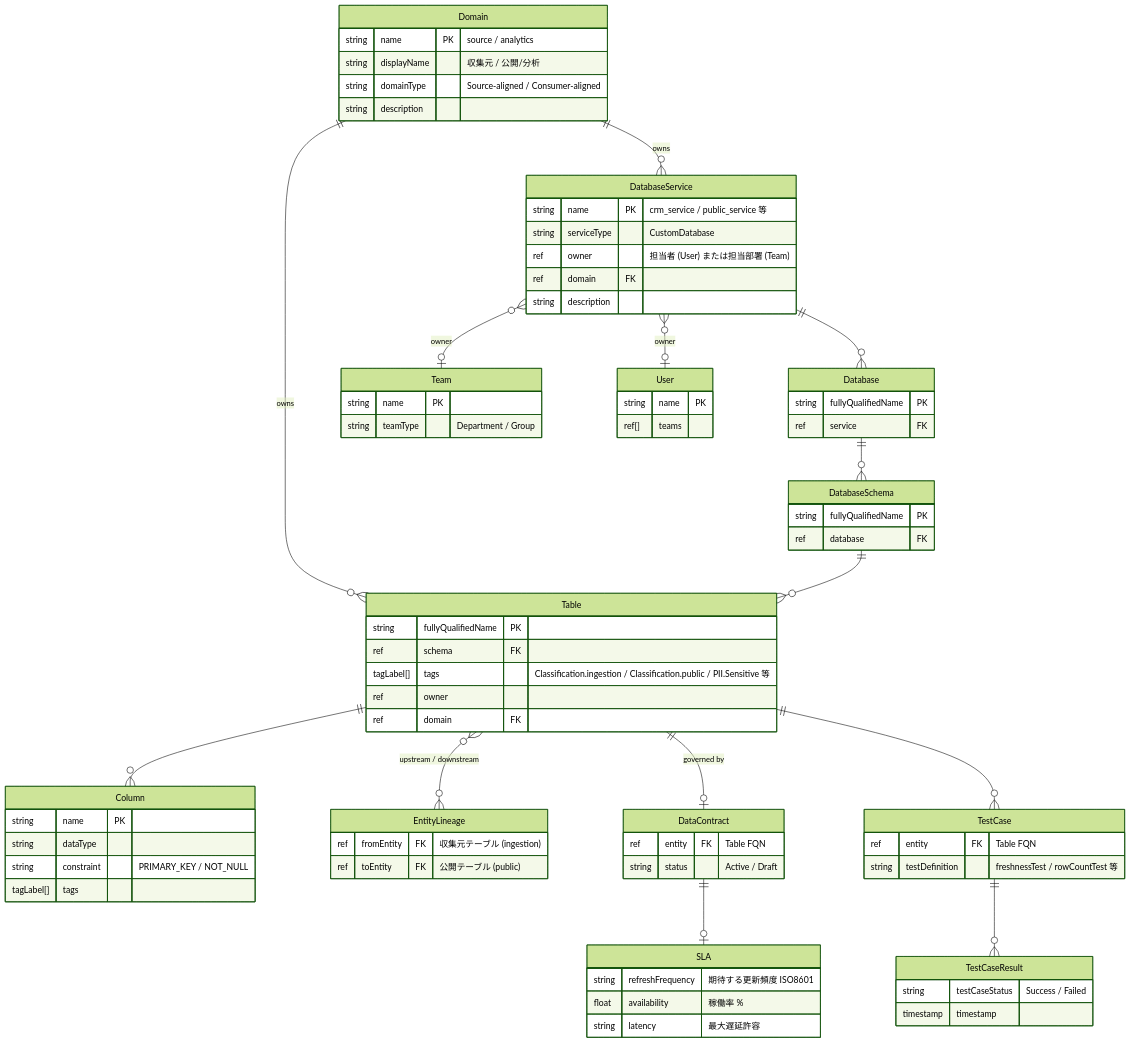
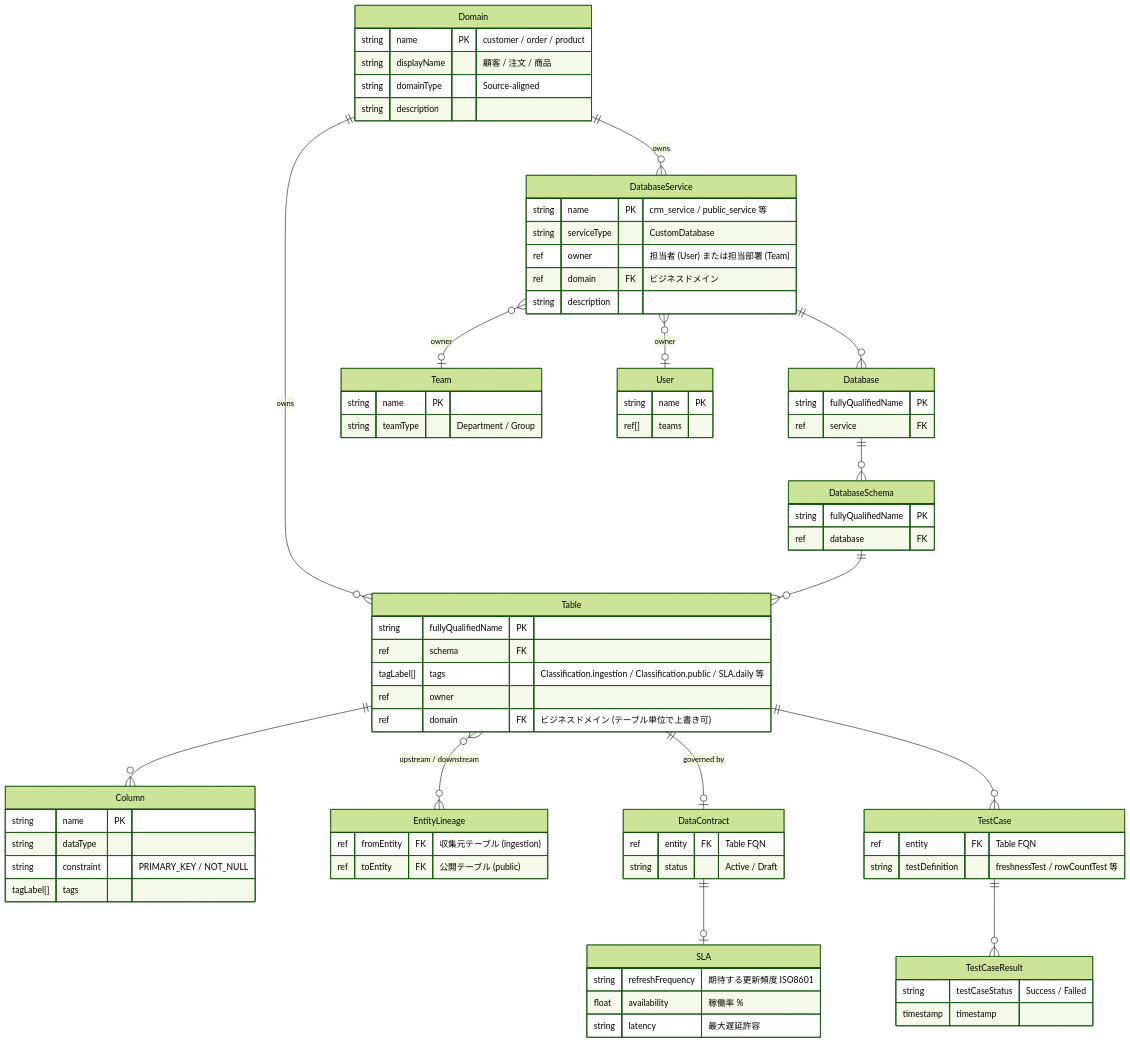
The diagram in design.md (hiroyoshii/openmetadata-catalogui), drawn with Mermaid (forest theme) before and after one commit. The commit also changed other lines of this file and 20 other files, not shown here.

````diff
--- a/design.md
+++ b/design.md
@@ -39,80 +39,80 @@
 ```mermaid
 erDiagram
     Domain {
-        string name PK "source / analytics"
-        string displayName "収集元 / 公開/分析"
-        string domainType "Source-aligned / Consumer-aligned"
+        string name PK "customer / order / product"
+        string displayName "顧客 / 注文 / 商品"
+        string domainType "Source-aligned"
         string description
     }
     DatabaseService {
         string name PK "crm_service / public_service 等"
         string serviceType "CustomDatabase"
         ref owner "担当者 (User) または担当部署 (Team)"
-        ref domain FK
+        ref domain FK "ビジネスドメイン"
         string description
     }
     Database {
         string fullyQualifiedName PK
         ref service FK
     }
     DatabaseSchema {
         string fullyQualifiedName PK
         ref database FK
     }
     Table {
         string fullyQualifiedName PK
         ref schema FK
-        tagLabel[] tags "Classification.ingestion / Classification.public / PII.Sensitive 等"
+        tagLabel[] tags "Classification.ingestion / Classification.public / SLA.daily 等"
         ref owner
-        ref domain FK
+        ref domain FK "ビジネスドメイン (テーブル単位で上書き可)"
     }
     Column {
         string name PK
         string dataType
         string constraint "PRIMARY_KEY / NOT_NULL"
         tagLabel[] tags
     }
     EntityLineage {
         ref fromEntity FK "収集元テーブル (ingestion)"
         ref toEntity FK "公開テーブル (public)"
     }
     DataContract {
         ref entity FK "Table FQN"
         string status "Active / Draft"
     }
     SLA {
         string refreshFrequency "期待する更新頻度 ISO8601"
         float availability "稼働率 %"
         string latency "最大遅延許容"
     }
     TestCase {
         ref entity FK "Table FQN"
         string testDefinition "freshnessTest / rowCountTest 等"
     }
     TestCaseResult {
         string testCaseStatus "Success / Failed"
         timestamp timestamp
     }
     Team {
         string name PK
         string teamType "Department / Group"
     }
     User {
         string name PK
         ref[] teams
     }
 
     Domain ||--o{ DatabaseService : "owns"
     Domain ||--o{ Table : "owns"
     DatabaseService ||--o{ Database : ""
     Database ||--o{ DatabaseSchema : ""
     DatabaseSchema ||--o{ Table : ""
     Table ||--o{ Column : ""
     Table }o--o{ EntityLineage : "upstream / downstream"
     Table ||--o| DataContract : "governed by"
     DataContract ||--o| SLA : ""
     Table ||--o{ TestCase : ""
     TestCase ||--o{ TestCaseResult : ""
     DatabaseService }o--o| User : "owner"
     DatabaseService }o--o| Team : "owner"
 ```
````
